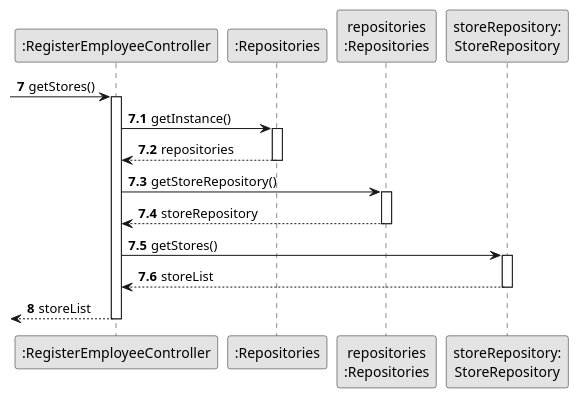
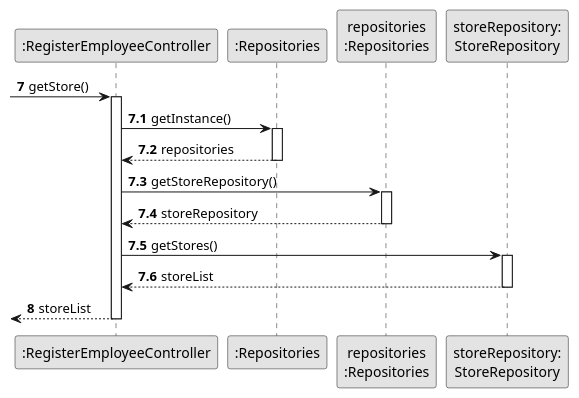
One commit to Shushizinho/RealEstateUSASystem changed the diagram in docs/sprintD/us003/03.design/puml/us003-sequence-diagram-partial-get-stores-list.puml. Above: the diagram before and after it, drawn with PlantUML. The commit also changed 10 other files, not shown here.

```diff
--- a/docs/sprintD/us003/03.design/puml/us003-sequence-diagram-partial-get-stores-list.puml
+++ b/docs/sprintD/us003/03.design/puml/us003-sequence-diagram-partial-get-stores-list.puml
@@ -1,43 +1,43 @@
 @startuml
 skinparam monochrome true
 skinparam packageStyle rectangle
 skinparam shadowing false
 
 autonumber 7
 
 'hide footbox
 participant ":RegisterEmployeeController" as CTRL
 participant ":Repositories" as RepositorySingleton
 participant "repositories\n:Repositories" as PLAT
 participant "storeRepository:\nStoreRepository" as STRR
 
 
 
-          -> CTRL : getStores()
+          -> CTRL : getStore()
                     activate CTRL
                     autonumber 7.1
                             CTRL -> RepositorySingleton : getInstance()
                             activate RepositorySingleton
 
                                 RepositorySingleton --> CTRL: repositories
                             deactivate RepositorySingleton
 
                             CTRL -> PLAT : getStoreRepository()
                             activate PLAT
 
                                 PLAT --> CTRL : storeRepository
                             deactivate PLAT
 
                             CTRL -> STRR : getStores()
                             activate STRR
 
                                 STRR --> CTRL : storeList
 
                             deactivate STRR
 
                         autonumber 8
                         <-- CTRL : storeList
 
                         deactivate CTRL
 
 @enduml
```
